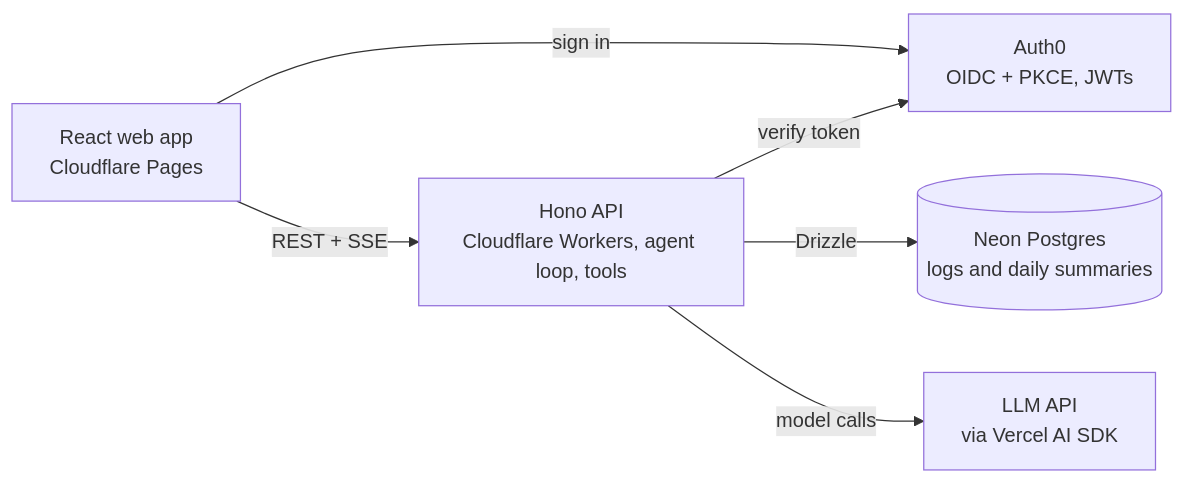
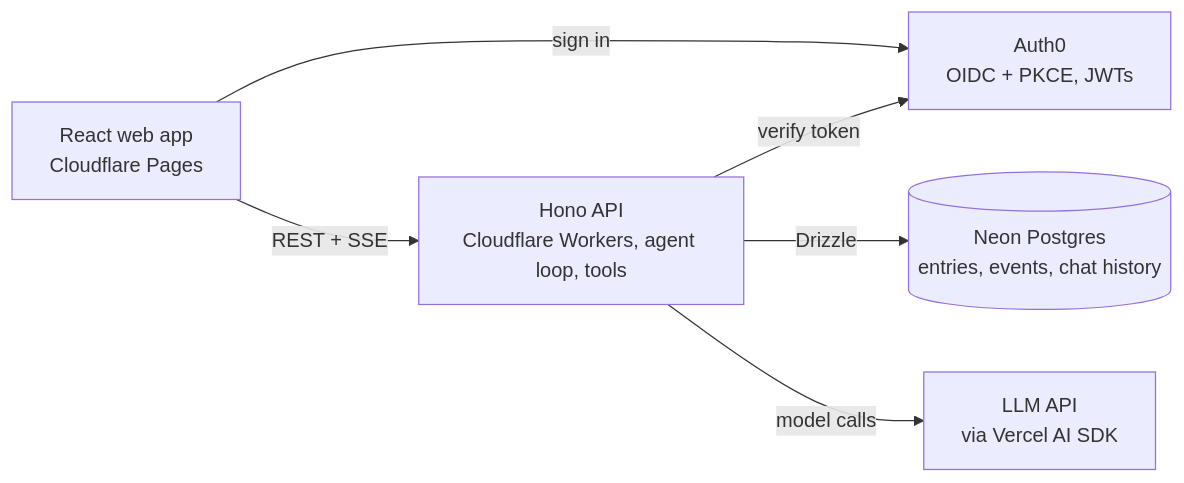
The first of 2 diagrams in docs/DESIGN.md (MikeHake/ai-wellness-coach), drawn with Mermaid before and after one commit. The commit also changed other lines of this file and 1 other file, not shown here.

````diff
--- a/docs/DESIGN.md
+++ b/docs/DESIGN.md
@@ -65,8 +76,8 @@
 ```mermaid
 flowchart LR
   web["React web app<br/>Cloudflare Pages"] -- "REST + SSE" --> api["Hono API<br/>Cloudflare Workers, agent loop, tools"]
   web -- "sign in" --> auth["Auth0<br/>OIDC + PKCE, JWTs"]
   api -- "verify token" --> auth
-  api -- "Drizzle" --> db[("Neon Postgres<br/>logs and daily summaries")]
+  api -- "Drizzle" --> db[("Neon Postgres<br/>entries, events, chat history")]
   api -- "model calls" --> llm["LLM API<br/>via Vercel AI SDK"]
 ```
````
